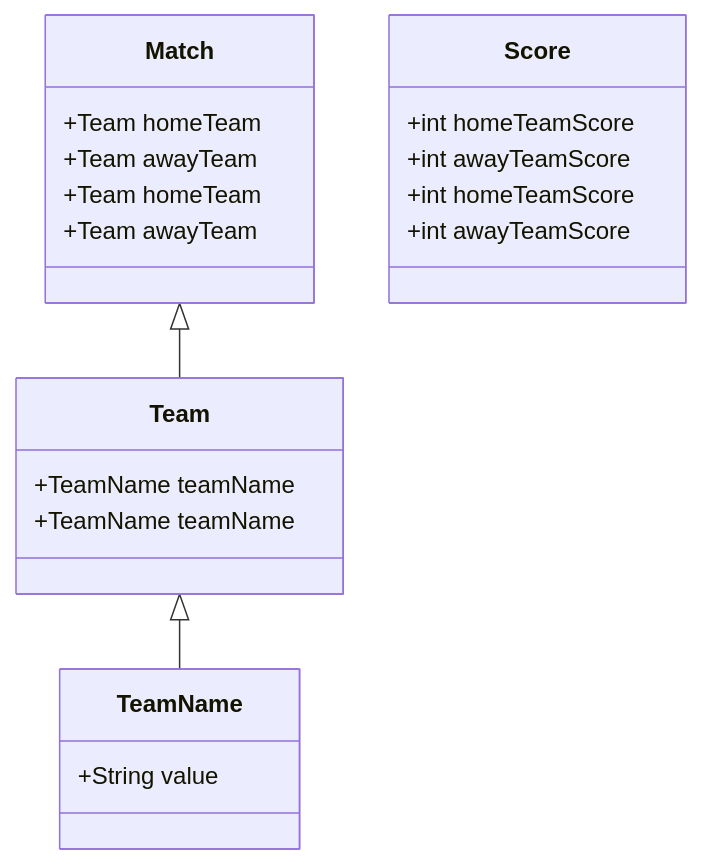
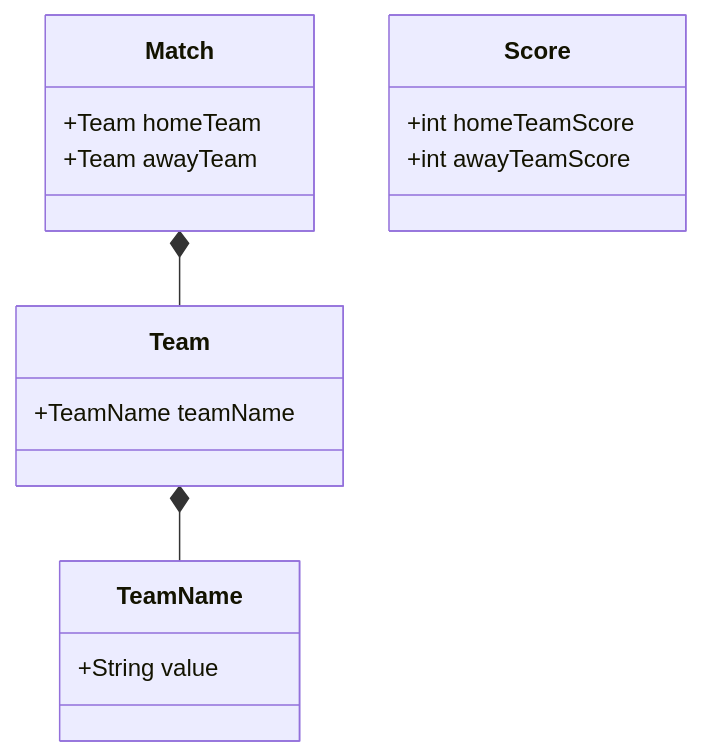
The diagram in README.md (tvolkov/scoreboard-library), drawn with Mermaid before and after one commit.

````diff
--- a/README.md
+++ b/README.md
@@ -6,24 +6,11 @@
 ```mermaid
 classDiagram
-      Match <|-- Team
-      Team <|-- TeamName
+      Match *-- Team
+      Team *-- TeamName
       Score : +int homeTeamScore
       Score : +int awayTeamScore
       Match : +Team homeTeam
       Match : +Team awayTeam
       Team : +TeamName teamName
-      class Match {
-          +Team homeTeam
-          +Team awayTeam
-      }
-      class Team {
-          +TeamName teamName
-      }
-      class TeamName {
-          +String value
-      }
-      class Score {
-           +int homeTeamScore
-           +int awayTeamScore
-      }
+      TeamName : +String value
 ```
````
